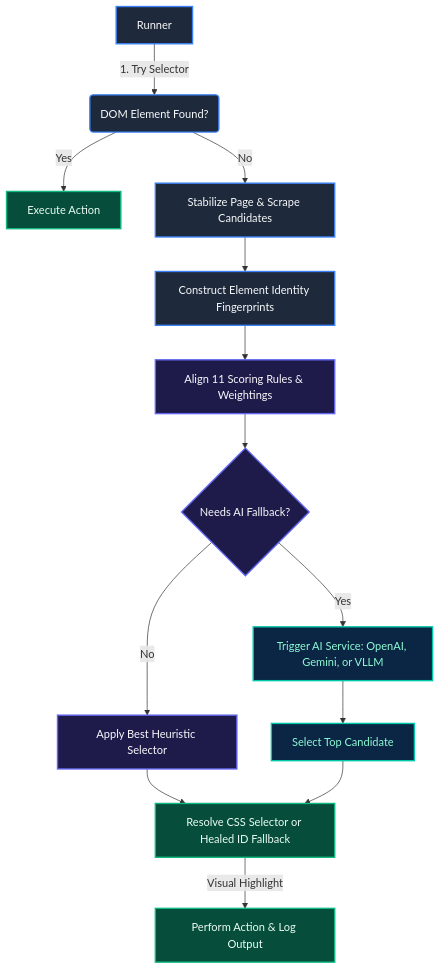
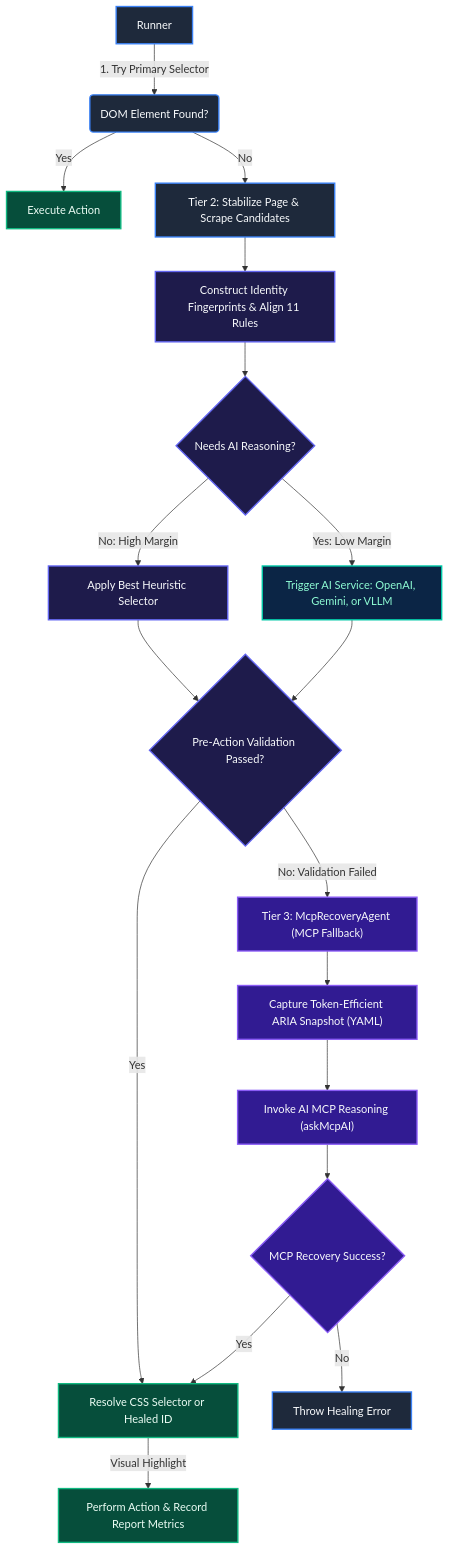
One commit to shambhoo-narwaria/reLOCATE.AI-Intelligent-Element-Recovery-Engine changed the diagram in README.md. Above: the diagram before and after it, drawn with Mermaid. The commit also changed other lines of this file and 20 other files, not shown here.

Commit message:
feat: implement Tier 3 Pure MCP Recovery Agent and update documentation

````diff
--- a/README.md
+++ b/README.md
@@ -43,21 +48,27 @@
 ```mermaid
 graph TD
     %% Custom Theme Styling
     classDef runner fill:#1e293b,stroke:#3b82f6,stroke-width:2px,color:#f8fafc;
     classDef scoring fill:#1e1b4b,stroke:#6366f1,stroke-width:2px,color:#f8fafc;
     classDef ai fill:#0b2545,stroke:#00c9a7,stroke-width:2px,color:#8efcd4;
+    classDef mcp fill:#311b92,stroke:#8b5cf6,stroke-width:2px,color:#f8fafc;
     classDef action fill:#064e3b,stroke:#10b981,stroke-width:2px,color:#ecfdf5;
 
-    A[Runner]:::runner -->|1. Try Selector| B(DOM Element Found?):::runner
+    A[Runner]:::runner -->|1. Try Primary Selector| B(DOM Element Found?):::runner
     B -->|Yes| C[Execute Action]:::action
-    B -->|No| D[Stabilize Page & Scrape Candidates]:::runner
-    D --> E[Construct Element Identity Fingerprints]:::runner
-    E --> F[Align 11 Scoring Rules & Weightings]:::scoring
-    F --> G{Needs AI Fallback?}:::scoring
-    G -->|No| H[Apply Best Heuristic Selector]:::scoring
-    G -->|Yes| I["Trigger AI Service: OpenAI, Gemini, or VLLM"]:::ai
-    I --> J[Select Top Candidate]:::ai
-    H --> K[Resolve CSS Selector or Healed ID Fallback]:::action
-    J --> K
-    K -->|Visual Highlight| L[Perform Action & Log Output]:::action
+    B -->|No| D[Tier 2: Stabilize Page & Scrape Candidates]:::runner
+    D --> E[Construct Identity Fingerprints & Align 11 Rules]:::scoring
+    E --> F{Needs AI Reasoning?}:::scoring
+    F -->|No: High Margin| G[Apply Best Heuristic Selector]:::scoring
+    F -->|Yes: Low Margin| H["Trigger AI Service: OpenAI, Gemini, or VLLM"]:::ai
+    G --> I{Pre-Action Validation Passed?}:::scoring
+    H --> I
+    I -->|Yes| J[Resolve CSS Selector or Healed ID]:::action
+    I -->|No: Validation Failed| K["Tier 3: McpRecoveryAgent (MCP Fallback)"]:::mcp
+    K --> L["Capture Token-Efficient ARIA Snapshot (YAML)"]:::mcp
+    L --> M["Invoke AI MCP Reasoning (askMcpAI)"]:::mcp
+    M --> N{MCP Recovery Success?}:::mcp
+    N -->|Yes| J
+    N -->|No| O[Throw Healing Error]:::runner
+    J -->|Visual Highlight| P[Perform Action & Record Report Metrics]:::action
 ```
````
